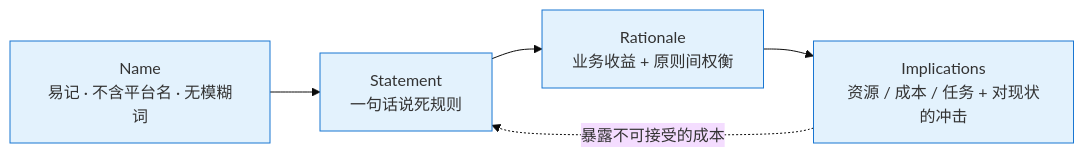
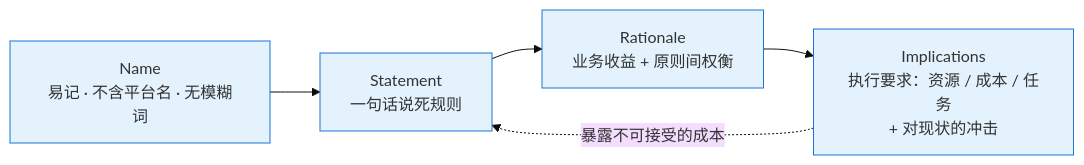
One commit to wb04307201/note changed the diagram in 06.distributed-systems/01-foundation/system-design-basics/togaf/architecture-principles.md. Above: the diagram before and after it, drawn with Mermaid (base theme). The commit also changed other lines of this file, not shown here.

First line of the commit message:
fix(06.distributed-systems): togaf - Implications 突出'执行原则的要求'首要职责

````diff
--- a/06.distributed-systems/01-foundation/system-design-basics/togaf/architecture-principles.md
+++ b/06.distributed-systems/01-foundation/system-design-basics/togaf/architecture-principles.md
@@ -75,10 +75,10 @@
 ```mermaid
 graph LR
     N["Name<br/>易记 · 不含平台名 · 无模糊词"] --> S["Statement<br/>一句话说死规则"]
     S --> R["Rationale<br/>业务收益 + 原则间权衡"]
-    R --> I["Implications<br/>资源 / 成本 / 任务 + 对现状的冲击"]
+    R --> I["Implications<br/>执行要求：资源 / 成本 / 任务<br/>+ 对现状的冲击"]
     I -.->|"暴露不可接受的成本"| S
 
     classDef f fill:#e3f2fd,stroke:#1976d2
     class N,S,R,I f
 ```
````
